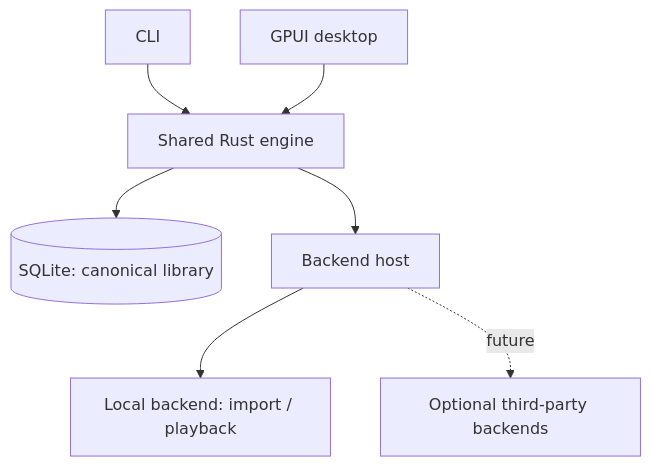
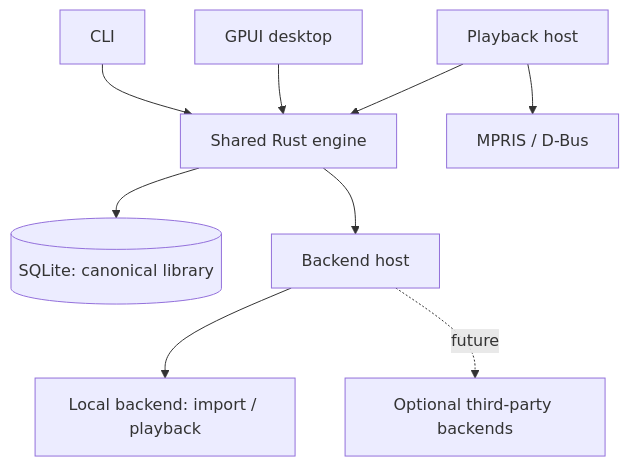
One commit to VaZark/weave changed the first of 2 diagrams in goals.md. Above: the diagram before and after it, drawn with Mermaid. The commit also changed other lines of this file and 15 other files, not shown here.

Commit message:
0.a4 (2/2): MPRIS, seek/volume/lyrics commands, resident host with auto-start; schema fingerprint

````diff
--- a/goals.md
+++ b/goals.md
@@ -74,9 +77,11 @@
 ```mermaid
 flowchart TD
     CLI[CLI] --> API[Shared Rust engine]
     GUI[GPUI desktop] --> API
+    PLAYER[Playback host] --> API
+    PLAYER --> MPRIS[MPRIS / D-Bus]
     API --> DB[(SQLite: canonical library)]
     API --> HOST[Backend host]
     HOST --> LOCAL[Local backend: import / playback]
     HOST -. future .-> EXT[Optional third-party backends]
 ```
````
